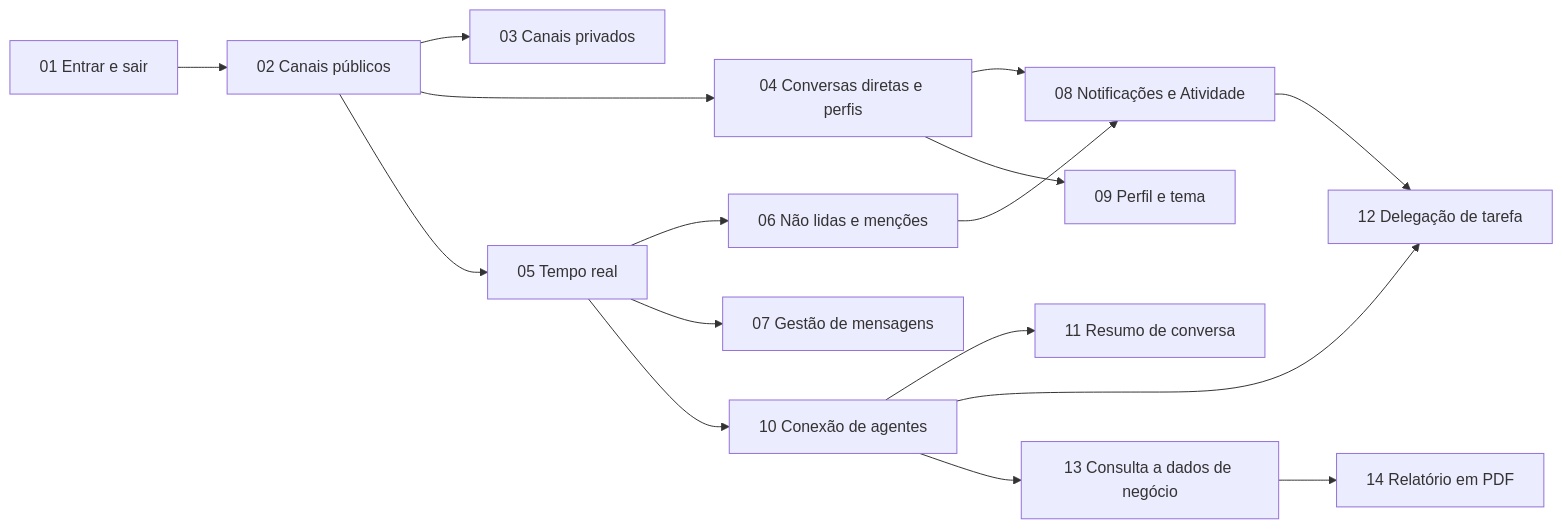
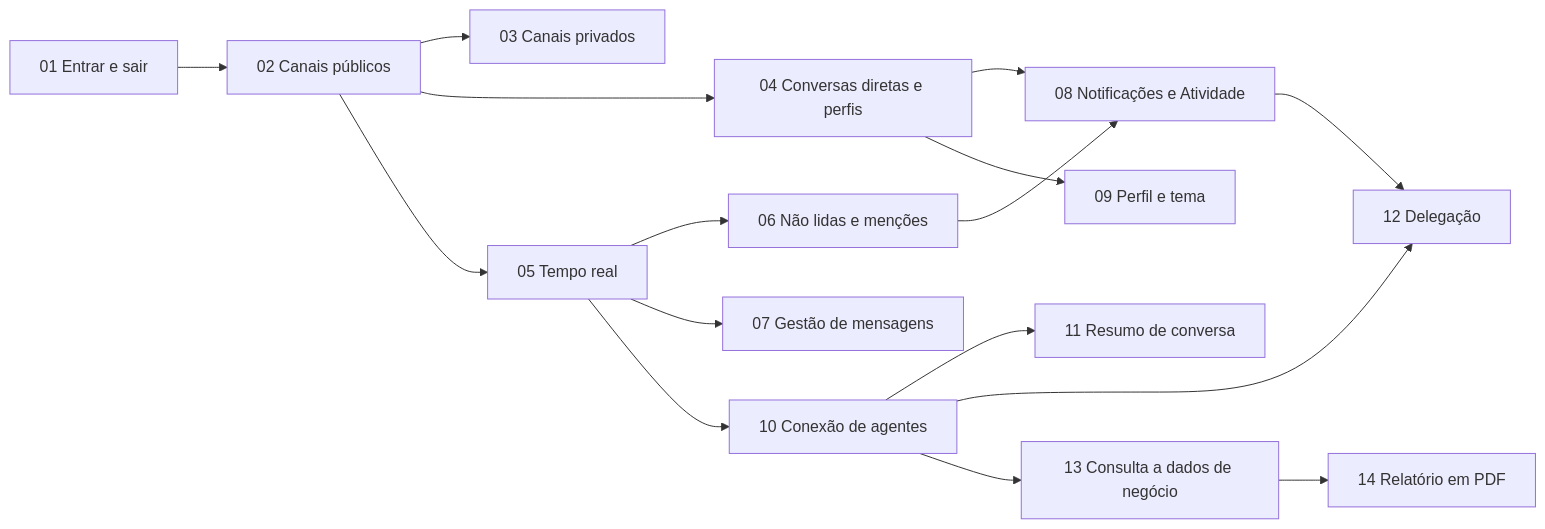
Before and after one commit to salvatoreDeploy/slack-agentico: the diagram in docs/roadmap.md, drawn with Mermaid. The commit also changed other lines of this file and 17 other files, not shown here.

````diff
--- a/docs/roadmap.md
+++ b/docs/roadmap.md
@@ -45,18 +45,18 @@
 ```mermaid
 graph LR
   F01[01 Entrar e sair] --> F02[02 Canais públicos]
   F02 --> F03[03 Canais privados]
   F02 --> F04[04 Conversas diretas e perfis]
   F02 --> F05[05 Tempo real]
   F05 --> F06[06 Não lidas e menções]
   F05 --> F07[07 Gestão de mensagens]
   F04 --> F08[08 Notificações e Atividade]
   F06 --> F08
   F04 --> F09[09 Perfil e tema]
   F05 --> F10[10 Conexão de agentes]
   F10 --> F11[11 Resumo de conversa]
-  F10 --> F12[12 Delegação de tarefa]
+  F10 --> F12[12 Delegação]
   F08 --> F12
   F10 --> F13[13 Consulta a dados de negócio]
   F13 --> F14[14 Relatório em PDF]
 ```
````
